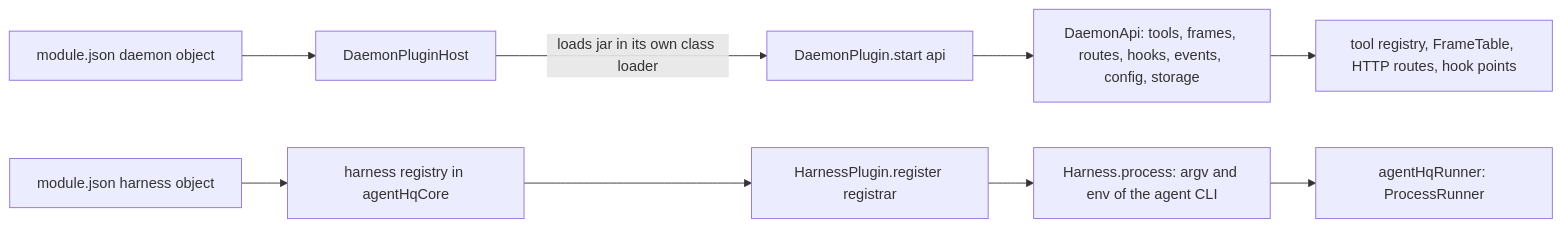
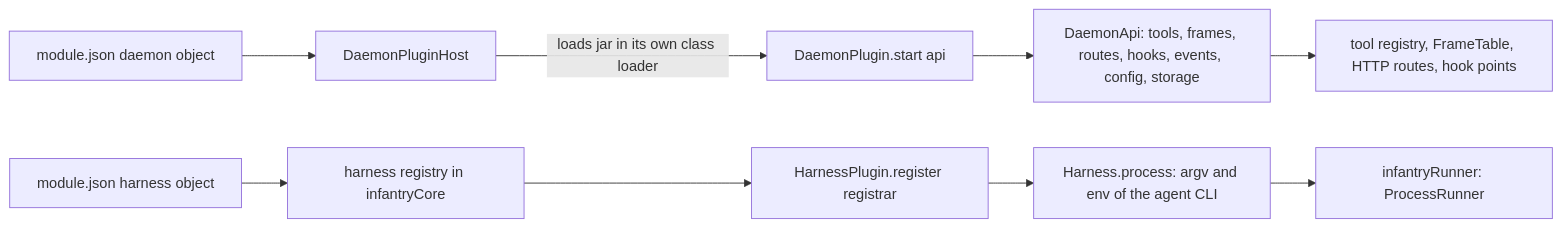
One commit to SuperiorSoft-LLC/infantry-ai changed the fifth of 6 diagrams in docs/wiki/Architecture.md. Above: the diagram before and after it, drawn with Mermaid. The commit also changed other lines of this file and 4624 other files, not shown here.

First line of the commit message:
RENAME-2: rename packages, modules, CLI, tools, env, dirs AgentHQ -> Infantry

````diff
--- a/docs/wiki/Architecture.md
+++ b/docs/wiki/Architecture.md
@@ -147,11 +147,11 @@
 ```mermaid
 flowchart LR
     MJ[module.json daemon object] --> PH[DaemonPluginHost]
     PH -->|loads jar in its own class loader| DP[DaemonPlugin.start api]
     DP --> API[DaemonApi: tools, frames, routes, hooks, events, config, storage]
     API --> REG[tool registry, FrameTable, HTTP routes, hook points]
-    HJ[module.json harness object] --> HR[harness registry in agentHqCore]
+    HJ[module.json harness object] --> HR[harness registry in infantryCore]
     HR --> HP[HarnessPlugin.register registrar]
     HP --> HN[Harness.process: argv and env of the agent CLI]
-    HN --> RUN[agentHqRunner: ProcessRunner]
+    HN --> RUN[infantryRunner: ProcessRunner]
 ```
````
